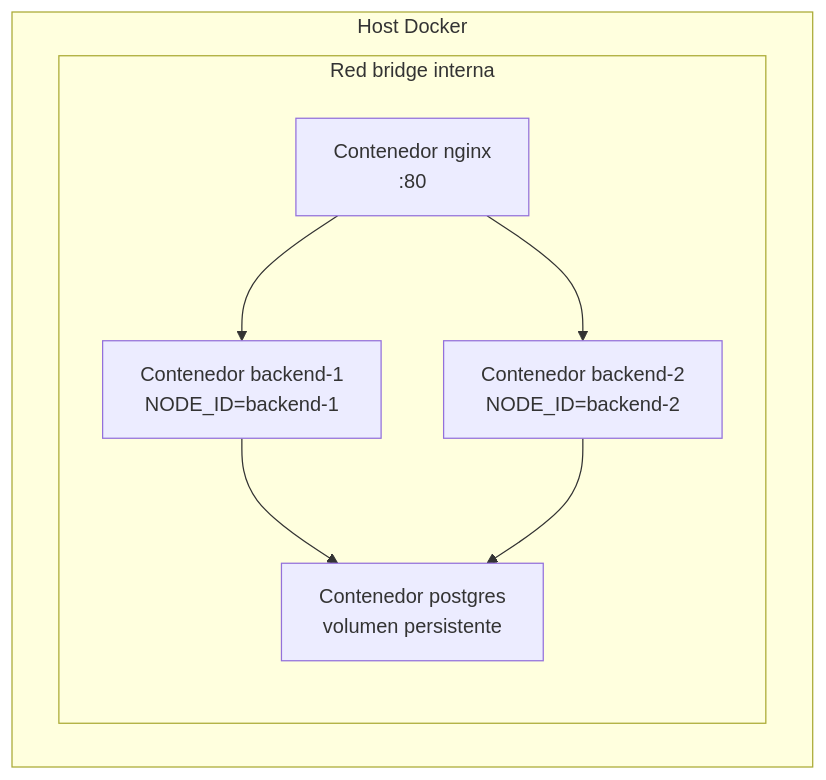
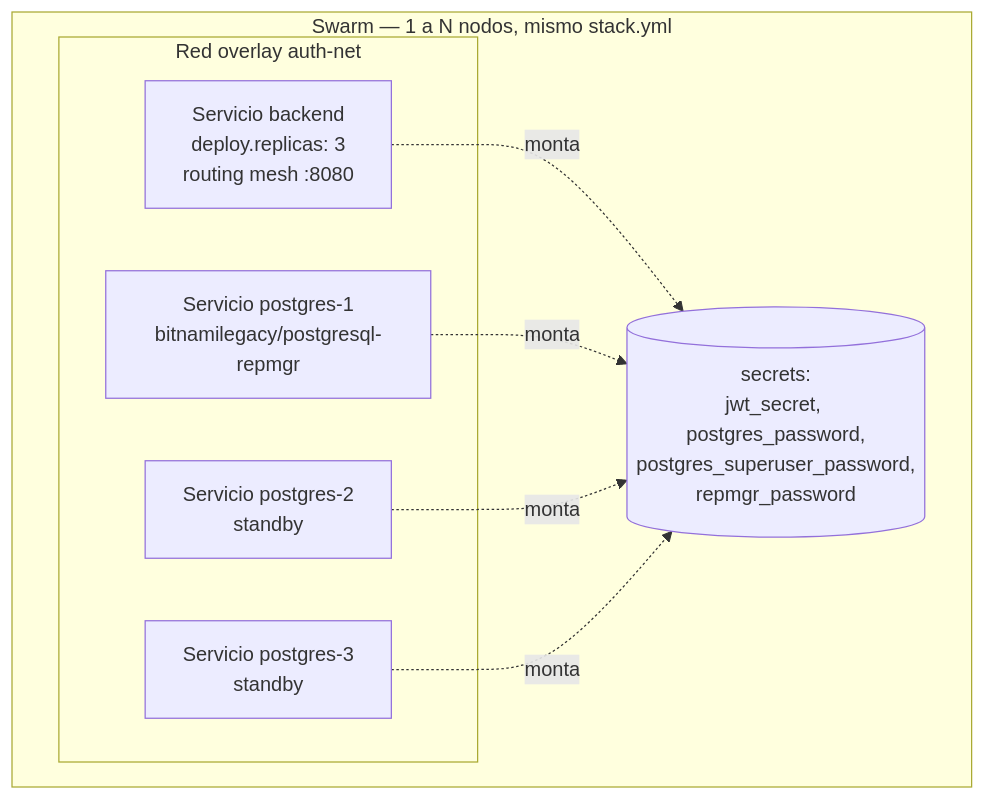
One commit to andreMD287/Taller1-ArquiSW changed the fourth of 8 diagrams in backend/docs/documentacion-arquitectura.md. Above: the diagram before and after it, drawn with Mermaid. The commit also changed other lines of this file and 2 other files, not shown here.

````diff
--- a/backend/docs/documentacion-arquitectura.md
+++ b/backend/docs/documentacion-arquitectura.md
@@ -318,15 +394,16 @@
 ```mermaid
 graph TB
-    subgraph host["Host Docker"]
-        subgraph net["Red bridge interna"]
-            NGC["Contenedor nginx<br/>:80"]
-            BC1["Contenedor backend-1<br/>NODE_ID=backend-1"]
-            BC2["Contenedor backend-2<br/>NODE_ID=backend-2"]
-            PGC["Contenedor postgres<br/>volumen persistente"]
+    subgraph swarm["Swarm — 1 a N nodos, mismo stack.yml"]
+        subgraph net["Red overlay auth-net"]
+            BS["Servicio backend<br/>deploy.replicas: 3<br/>routing mesh :8080"]
+            PS1["Servicio postgres-1<br/>bitnamilegacy/postgresql-repmgr"]
+            PS2["Servicio postgres-2<br/>standby"]
+            PS3["Servicio postgres-3<br/>standby"]
         end
+        SEC[("secrets:<br/>jwt_secret, postgres_password,<br/>postgres_superuser_password,<br/>repmgr_password")]
     end
-    NGC --> BC1
-    NGC --> BC2
-    BC1 --> PGC
-    BC2 --> PGC
+    BS -.->|monta| SEC
+    PS1 -.->|monta| SEC
+    PS2 -.->|monta| SEC
+    PS3 -.->|monta| SEC
 ```
````
